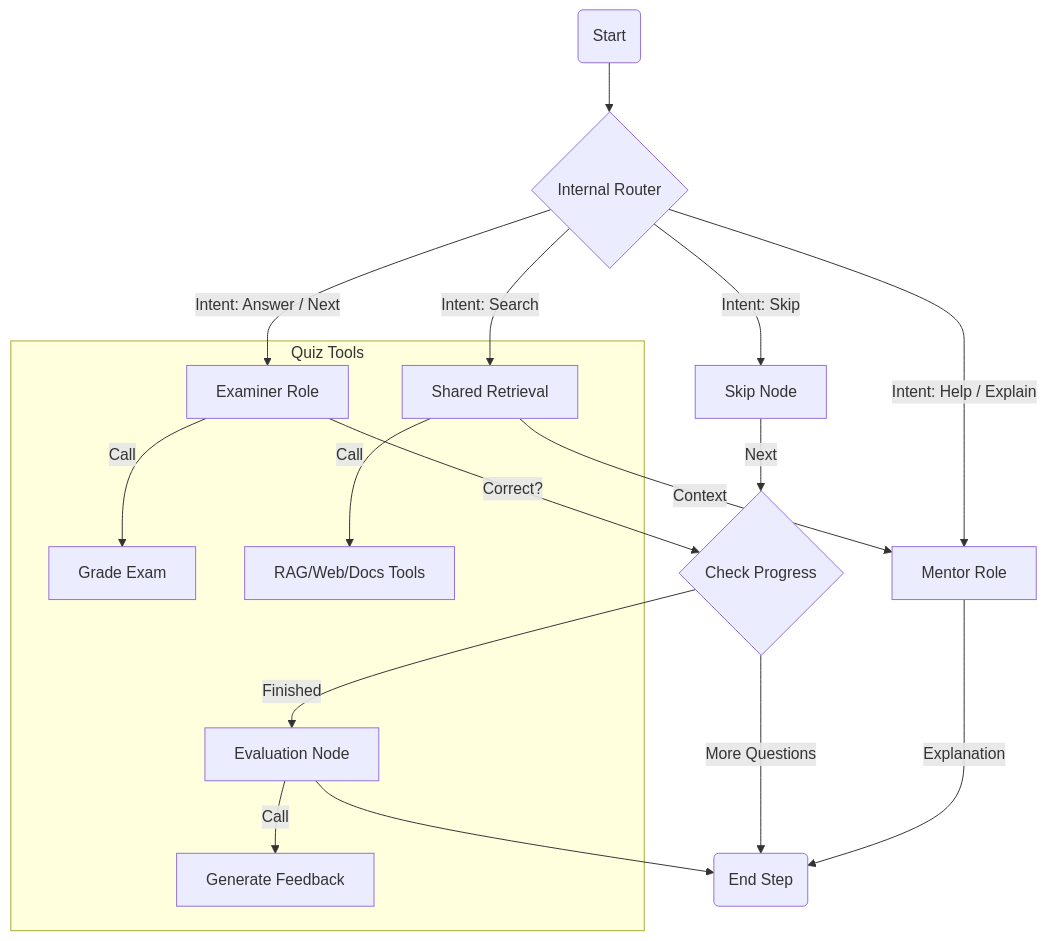
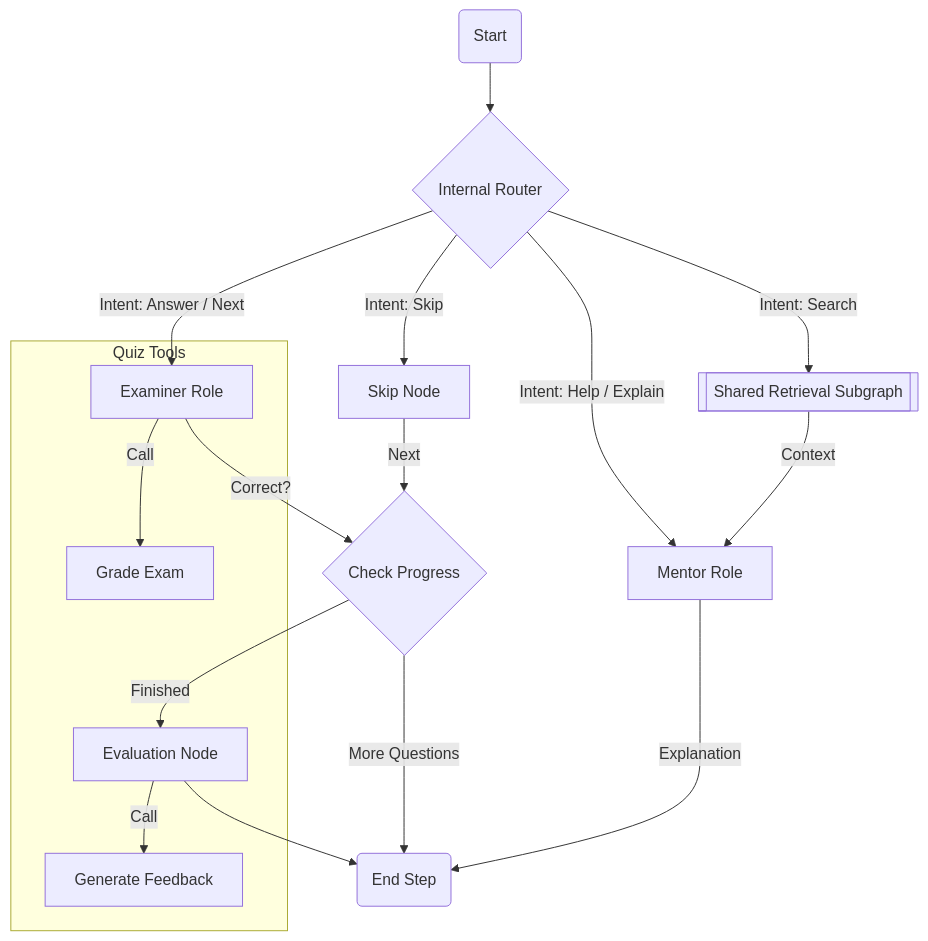
One commit to Lifelong-Learning-Assisttant/agent_service changed the fourth of 5 diagrams in docs/agent_documentation.md. Above: the diagram before and after it, drawn with Mermaid. The commit also changed other lines of this file, not shown here.

````diff
--- a/docs/agent_documentation.md
+++ b/docs/agent_documentation.md
@@ -100,24 +107,23 @@
 ```mermaid
 graph TD
     Q_Start(Start) --> Q_Router{Internal Router}
     
     Q_Router --"Intent: Answer / Next"--> Q_Examiner[Examiner Role]
     Q_Router --"Intent: Help / Explain"--> Q_Mentor[Mentor Role]
     Q_Router --"Intent: Skip"--> Q_Skip[Skip Node]
-    Q_Router --"Intent: Search"--> Q_Search[Shared Retrieval]
+    Q_Router --"Intent: Search"--> Q_Search[[Shared Retrieval Subgraph]]
     
     Q_Examiner --"Correct?"--> Q_Check{Check Progress}
     Q_Skip --"Next"--> Q_Check
     Q_Check --"More Questions"--> Q_End(End Step)
     Q_Check --"Finished"--> Q_Eval[Evaluation Node]
     
     Q_Mentor --"Explanation"--> Q_End
     Q_Search --"Context"--> Q_Mentor
     Q_Eval --> Q_End
     
     subgraph "Quiz Tools"
         Q_Examiner --"Call"--> Tool_Grade[Grade Exam]
         Q_Eval --"Call"--> Tool_Gen[Generate Feedback]
-        Q_Search --"Call"--> Shared_Tools[RAG/Web/Docs Tools]
     end
 ```
````
